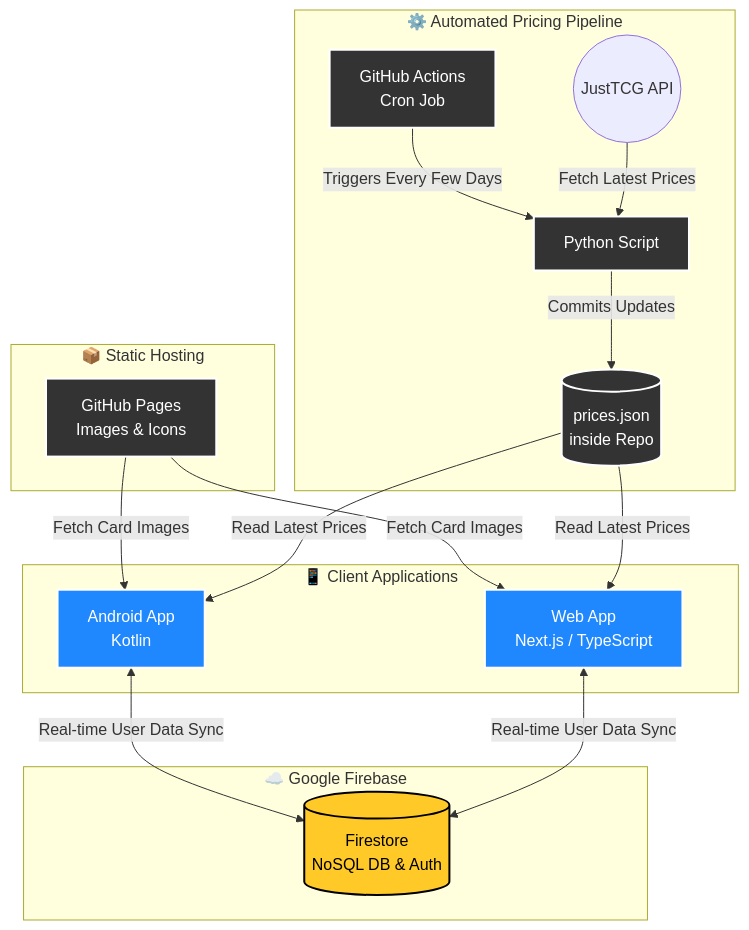
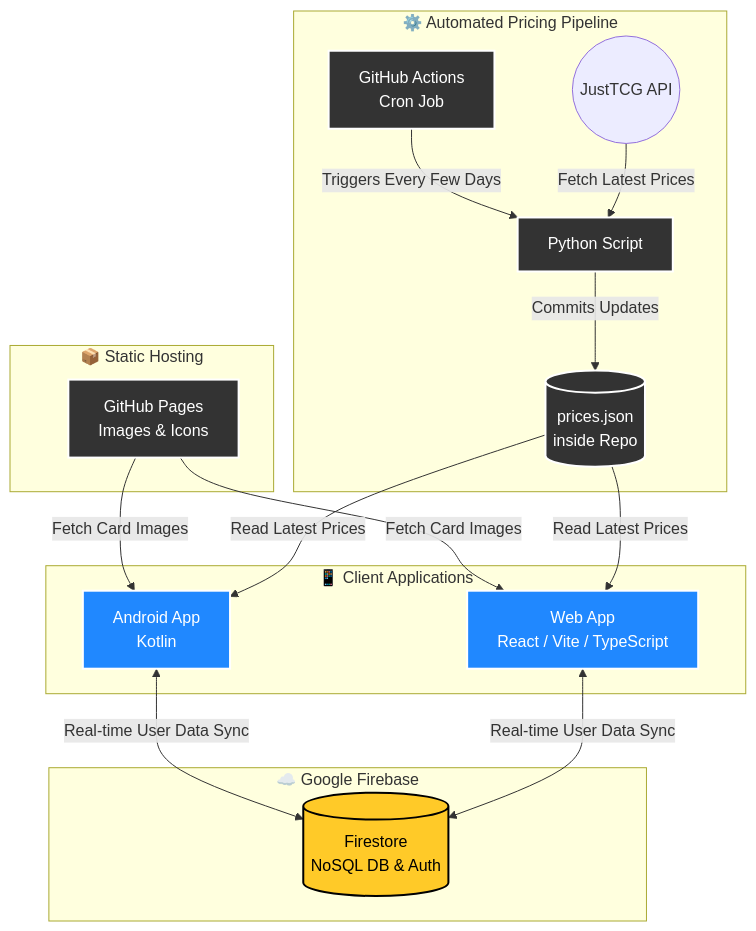
Before and after one commit to LachieBurne/Bounded: the diagram in README.md, drawn with Mermaid. The commit also changed other lines of this file and 25 other files, not shown here.

````diff
--- a/README.md
+++ b/README.md
@@ -63,46 +64,46 @@
 ```mermaid
 graph TD
     subgraph Frontend [📱 Client Applications]
         A["Android App <br/> Kotlin"]
-        W["Web App <br/> Next.js / TypeScript"]
+        W["Web App <br/> React / Vite / TypeScript"]
     end
 
     subgraph Backend [☁️ Google Firebase]
         F[("Firestore <br/> NoSQL DB & Auth")]
     end
 
     subgraph Assets [📦 Static Hosting]
         GH_Pages["GitHub Pages <br/> Images & Icons"]
     end
 
     subgraph Pipeline [⚙️ Automated Pricing Pipeline]
         J_API(("JustTCG API"))
         GH_Act["GitHub Actions <br/> Cron Job"]
         PyScript["Python Script"]
         JSONFile[("prices.json <br/> inside Repo")]
     end
 
     %% Data Sync flows
     A <-->|Real-time User Data Sync| F
     W <-->|Real-time User Data Sync| F
 
     %% Asset flows
     GH_Pages -->|Fetch Card Images| A
     GH_Pages -->|Fetch Card Images| W
 
     %% Automation flows
     GH_Act -->|Triggers Every Few Days| PyScript
     J_API -->|Fetch Latest Prices| PyScript
     PyScript -->|Commits Updates| JSONFile
     JSONFile -->|Read Latest Prices| A
     JSONFile -->|Read Latest Prices| W
     
     %% Styling
     classDef primary fill:#2088FF,stroke:#fff,stroke-width:2px,color:#fff;
     classDef secondary fill:#FFCA28,stroke:#000,stroke-width:2px,color:#000;
     classDef dark fill:#333,stroke:#fff,stroke-width:2px,color:#fff;
     
     class A,W primary;
     class F secondary;
     class PyScript,GH_Act,JSONFile,GH_Pages dark;
 ```
````
